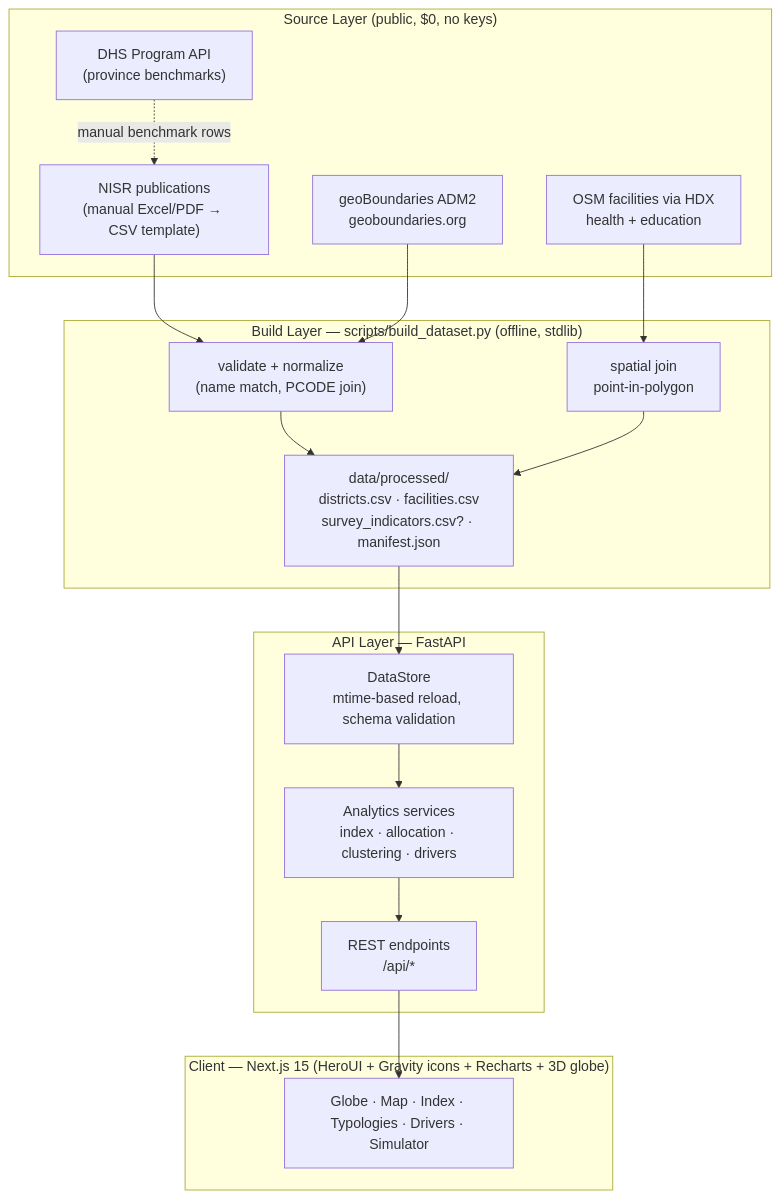
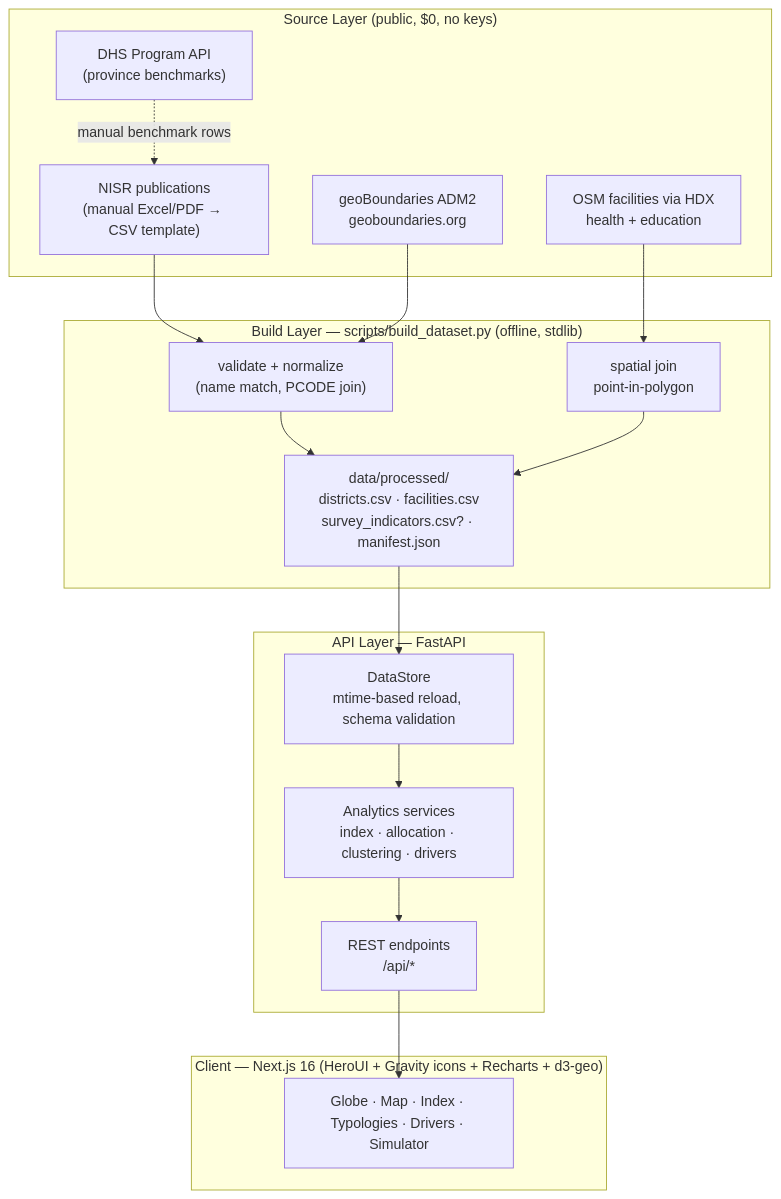
The first of 3 diagrams in docs/SYSTEM_DESIGN.md (daadygod-dev/rwako), drawn with Mermaid before and after one commit. The commit also changed other lines of this file and 22 other files, not shown here.

````diff
--- a/docs/SYSTEM_DESIGN.md
+++ b/docs/SYSTEM_DESIGN.md
@@ -22,36 +22,36 @@
 ```mermaid
 flowchart TD
     subgraph Sources["Source Layer (public, $0, no keys)"]
         NISR["NISR publications\n(manual Excel/PDF → CSV template)"]
         GEO["geoBoundaries ADM2\ngeoboundaries.org"]
         OSM["OSM facilities via HDX\nhealth + education"]
         DHS["DHS Program API\n(province benchmarks)"]
     end
 
     subgraph Pipeline["Build Layer — scripts/build_dataset.py (offline, stdlib)"]
         VAL["validate + normalize\n(name match, PCODE join)"]
         JOIN["spatial join\npoint-in-polygon"]
         OUT["data/processed/\ndistricts.csv · facilities.csv\nsurvey_indicators.csv? · manifest.json"]
     end
 
     subgraph Backend["API Layer — FastAPI"]
         LOAD["DataStore\nmtime-based reload, schema validation"]
         SVC["Analytics services\nindex · allocation · clustering · drivers"]
         API["REST endpoints\n/api/*"]
     end
 
-    subgraph Frontend["Client — Next.js 15 (HeroUI + Gravity icons + Recharts + 3D globe)"]
+    subgraph Frontend["Client — Next.js 16 (HeroUI + Gravity icons + Recharts + d3-geo)"]
         UI["Globe · Map · Index · Typologies · Drivers · Simulator"]
     end
 
     NISR --> VAL
     GEO --> VAL
     OSM --> JOIN
     VAL --> OUT
     JOIN --> OUT
     OUT --> LOAD
     LOAD --> SVC
     SVC --> API
     API --> UI
     DHS -.->|manual benchmark rows| NISR
 ```
````
